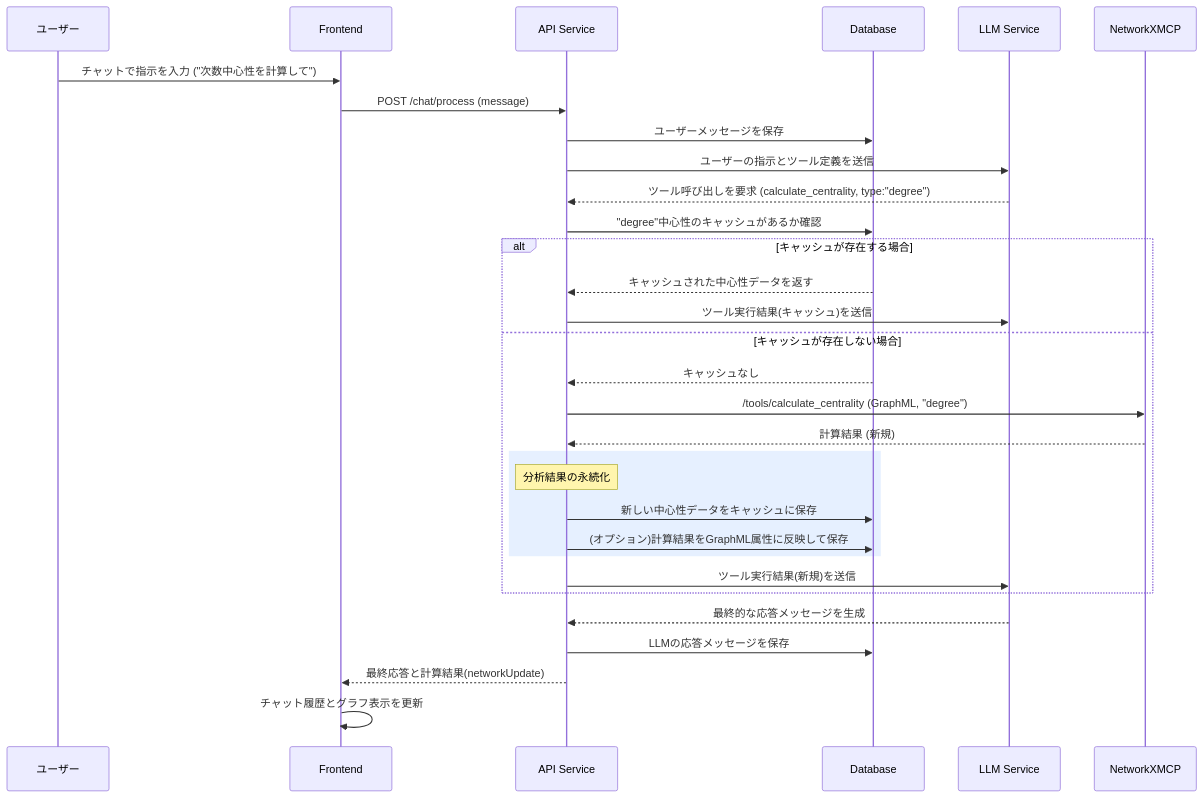
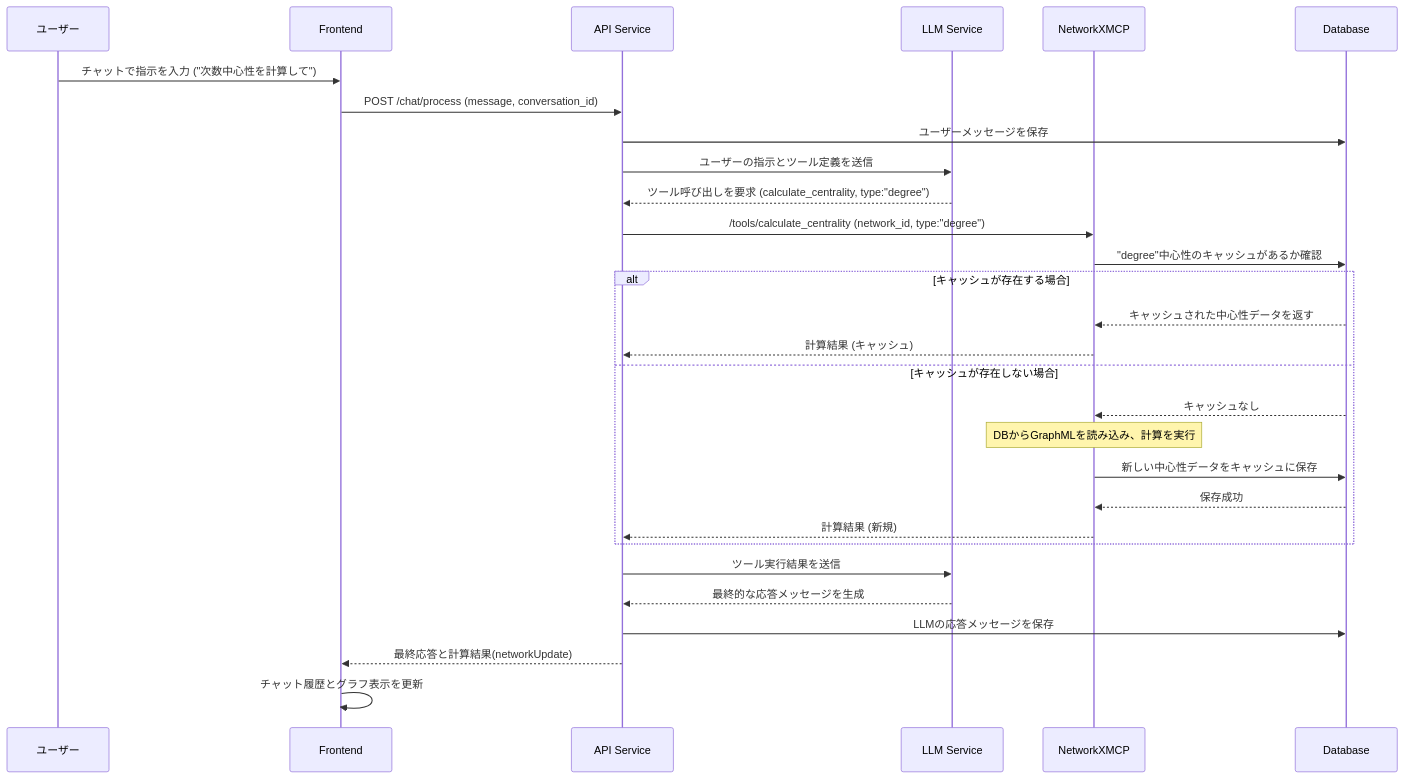
The seventh of 8 diagrams in specification/architecture.md (vdslab/LLMGraphvis), drawn with Mermaid before and after one commit. The commit also changed other lines of this file and 2 other files, not shown here.

Commit message:
feat: Update architecture and backend documentation to clarify the role of NetworkXMCP and enhance data flow descriptions

````diff
--- a/specification/architecture.md
+++ b/specification/architecture.md
@@ -210,41 +213,37 @@
 ```mermaid
 sequenceDiagram
     participant U as ユーザー
     participant F as Frontend
     participant B as API Service
-    participant DB as Database
     participant LLM as LLM Service
     participant N as NetworkXMCP
+    participant DB as Database
 
     U->>F: チャットで指示を入力 ("次数中心性を計算して")
-    F->>B: POST /chat/process (message)
+    F->>B: POST /chat/process (message, conversation_id)
     B->>DB: ユーザーメッセージを保存
 
     B->>LLM: ユーザーの指示とツール定義を送信
     LLM-->>B: ツール呼び出しを要求 (calculate_centrality, type:"degree")
 
-    B->>DB: "degree"中心性のキャッシュがあるか確認
+    B->>N: /tools/calculate_centrality (network_id, type:"degree")
+    N->>DB: "degree"中心性のキャッシュがあるか確認
 
     alt キャッシュが存在する場合
-        DB-->>B: キャッシュされた中心性データを返す
-        B->>LLM: ツール実行結果(キャッシュ)を送信
+        DB-->>N: キャッシュされた中心性データを返す
+        N-->>B: 計算結果 (キャッシュ)
     else キャッシュが存在しない場合
-        DB-->>B: キャッシュなし
-        B->>N: /tools/calculate_centrality (GraphML, "degree")
+        DB-->>N: キャッシュなし
+        note over N: DBからGraphMLを読み込み、計算を実行
+        N->>DB: 新しい中心性データをキャッシュに保存
+        DB-->>N: 保存成功
         N-->>B: 計算結果 (新規)
-        
-        rect rgb(230, 240, 255)
-            note over B: 分析結果の永続化
-            B->>DB: 新しい中心性データをキャッシュに保存
-            B->>DB: (オプション)計算結果をGraphML属性に反映して保存
-        end
-
-        B->>LLM: ツール実行結果(新規)を送信
     end
 
+    B->>LLM: ツール実行結果を送信
     LLM-->>B: 最終的な応答メッセージを生成
     B->>DB: LLMの応答メッセージを保存
 
     B-->>F: 最終応答と計算結果(networkUpdate)
     F->>F: チャット履歴とグラフ表示を更新
 ```
````
